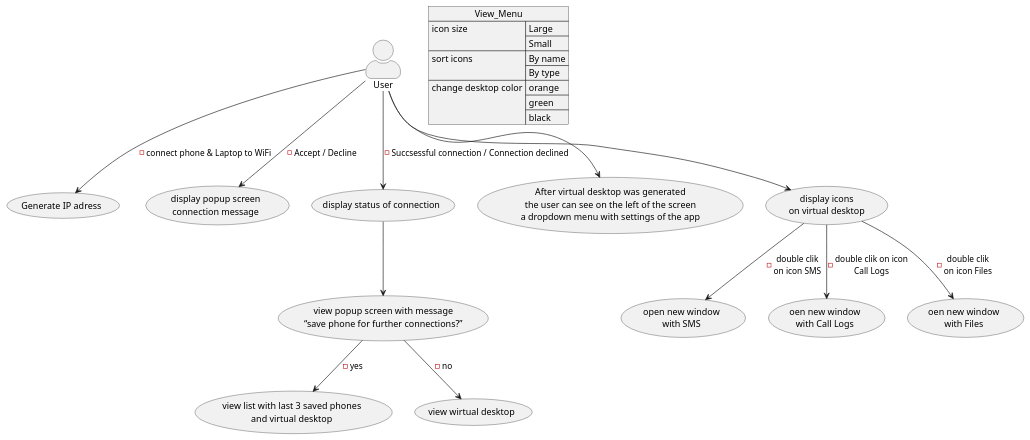
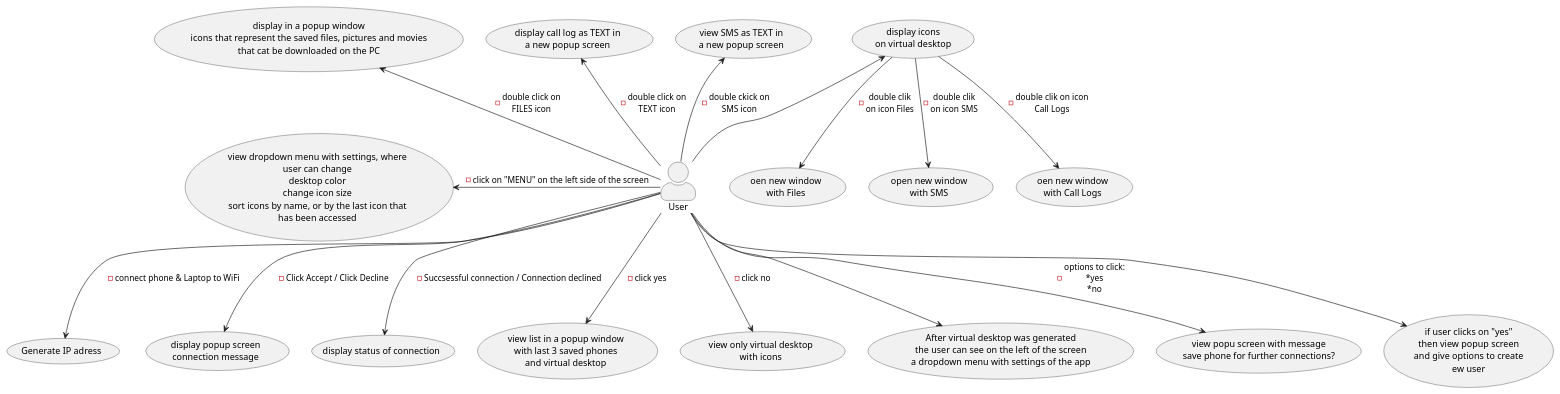
Before and after one commit to ofrasia/Remote_Phone_App_1: the diagram in Remote_Phone_App_1.puml, drawn with PlantUML. The commit also changed 2 other files, not shown here.

```diff
--- a/Remote_Phone_App_1.puml
+++ b/Remote_Phone_App_1.puml
@@ -1,20 +1,20 @@
 @startuml
 skinparam actorStyle awesome
 User -->(Generate IP adress) :- connect phone & Laptop to WiFi
-User --> (display popup screen\nconnection message) :- Accept / Decline
+User --> (display popup screen\nconnection message) :- Click Accept / Click Decline
 User --> (display status of connection) :- Succsessful connection / Connection declined
-(display status of connection) --> (view popup screen with message\n“save phone for further connections?”)
-(view popup screen with message\n“save phone for further connections?”)-->(view list with last 3 saved phones\nand virtual desktop) :- yes
-(view popup screen with message\n“save phone for further connections?”) -->(view wirtual desktop) :- no
+User -->(view list in a popup window\nwith last 3 saved phones\nand virtual desktop) :- click yes
+User -->(view only virtual desktop\nwith icons) :- click no
 User --> (After virtual desktop was generated\nthe user can see on the left of the screen\na dropdown menu with settings of the app)
-json View_Menu{
-    "icon size": ["Large", "Small"],
-    "sort icons": ["By name", "By type"],
-    "change desktop color": ["orange", "green", "black"]
-}
-User --> (display icons\non virtual desktop)
+:User: -up-> (display icons\non virtual desktop)
 (display icons\non virtual desktop) --> (open new window\nwith SMS) :-double clik \non icon SMS
 (display icons\non virtual desktop) -->(oen new window\nwith Call Logs) :-double clik on icon\nCall Logs
 (display icons\non virtual desktop) --> (oen new window\nwith Files) :-double clik \non icon Files
+:User: -up-> (view SMS as TEXT in\na new popup screen) :- double ckick on\nSMS icon
+:User: -up-> (display call log as TEXT in\na new popup screen) :- double click on\nTEXT icon
+:User: -left-> (view dropdown menu with settings, where\nuser can change\ndesktop color\nchange icon size\nsort icons by name, or by the last icon that\nhas been accessed) :- click on "MENU" on the left side of the screen
+:User: -down-> (view popu screen with message\nsave phone for further connections?) :- options to click:\n*yes\n*no
+:User: -down-> (if user clicks on "yes"\nthen view popup screen\nand give options to create\new user)
+:User: -up-> (display in a popup window\nicons that represent the saved files, pictures and movies\nthat cat be downloaded on the PC) :-double click on\nFILES icon
 
 @enduml
```
